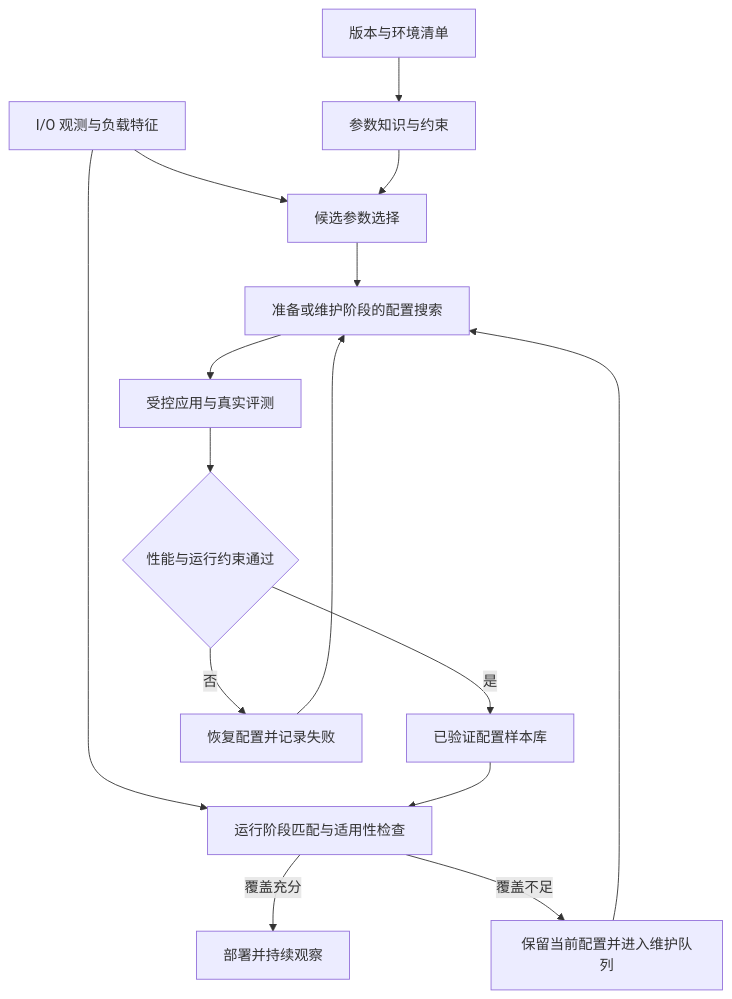
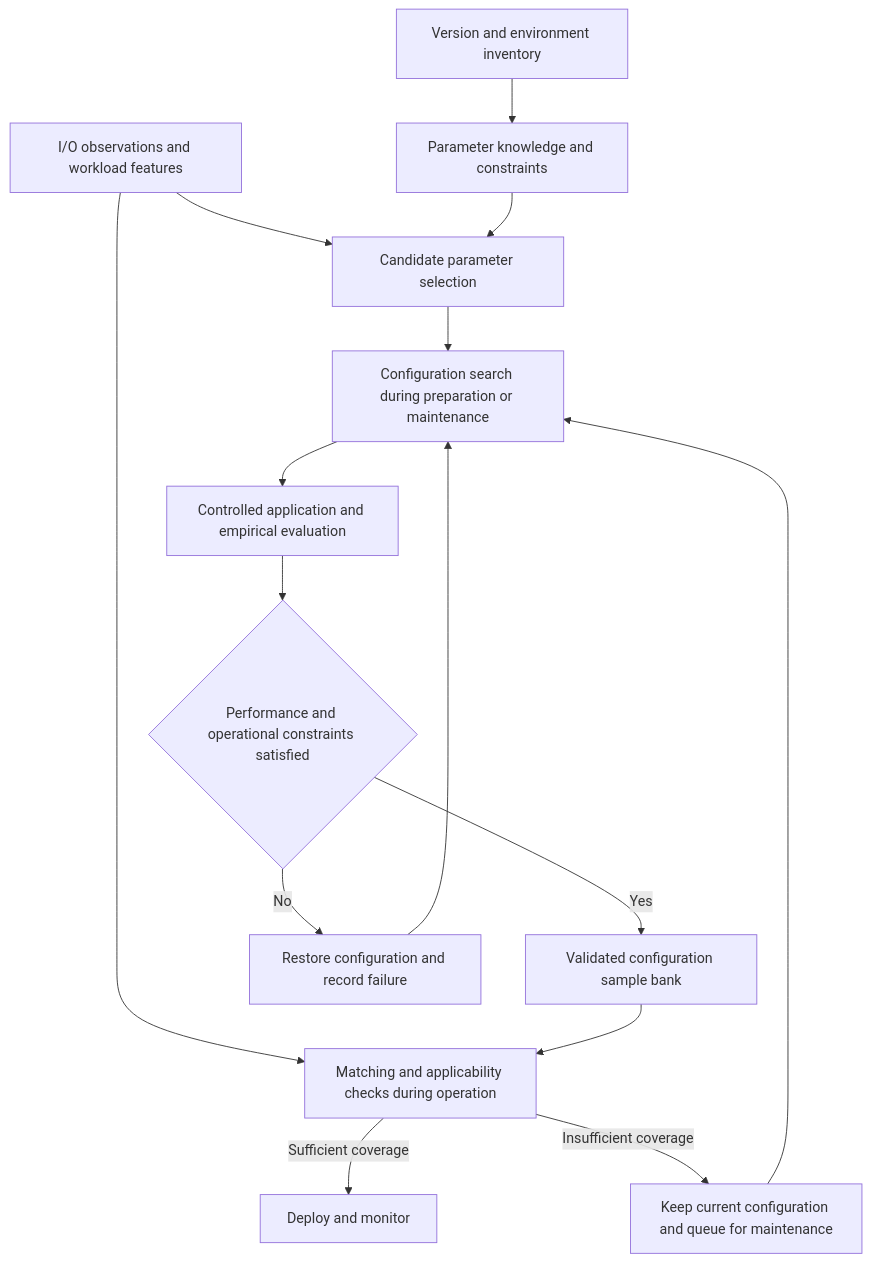
Before and after one commit to MingLoveGame/ReTune-ICDE: the diagram in README.md, drawn with Mermaid. The commit also changed other lines of this file and 3 other files, not shown here.

````diff
--- a/README.md
+++ b/README.md
@@ -193,17 +195,17 @@
 ```mermaid
 flowchart TD
-    A[版本与环境清单] --> B[参数知识与约束]
-    C[I/O 观测与负载特征] --> D[候选参数选择]
+    A[Version and environment inventory] --> B[Parameter knowledge and constraints]
+    C[I/O observations and workload features] --> D[Candidate parameter selection]
     B --> D
-    D --> E[准备或维护阶段的配置搜索]
-    E --> F[受控应用与真实评测]
-    F --> G{性能与运行约束通过}
-    G -->|是| H[已验证配置样本库]
-    G -->|否| I[恢复配置并记录失败]
+    D --> E[Configuration search during preparation or maintenance]
+    E --> F[Controlled application and empirical evaluation]
+    F --> G{Performance and operational constraints satisfied}
+    G -->|Yes| H[Validated configuration sample bank]
+    G -->|No| I[Restore configuration and record failure]
     I --> E
-    C --> J[运行阶段匹配与适用性检查]
+    C --> J[Matching and applicability checks during operation]
     H --> J
-    J -->|覆盖充分| K[部署并持续观察]
-    J -->|覆盖不足| L[保留当前配置并进入维护队列]
+    J -->|Sufficient coverage| K[Deploy and monitor]
+    J -->|Insufficient coverage| L[Keep current configuration and queue for maintenance]
     L --> E
 ```
````
